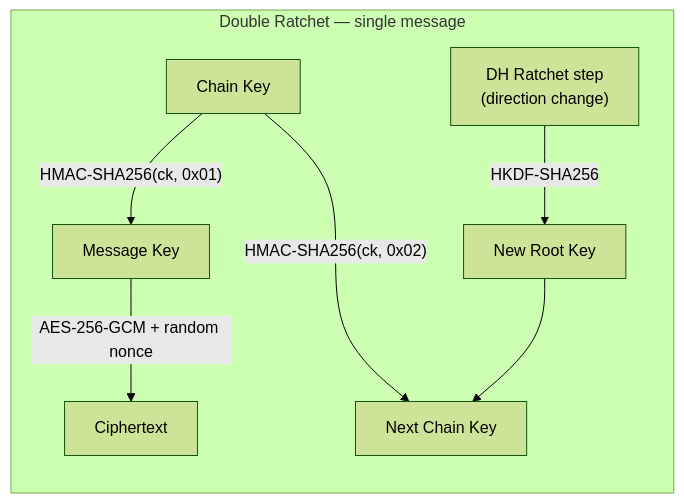
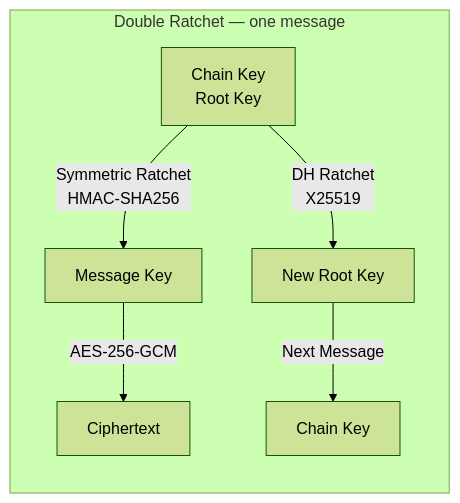
The third of 4 diagrams in README.md (vaazhen/chaos-e2ee-messenger), drawn with Mermaid (forest theme) before and after one commit. The commit also changed other lines of this file and 1 other file, not shown here.

Commit message:
docs: add Mermaid architecture, E2EE flow, and deployment diagrams to README

````diff
--- a/README.md
+++ b/README.md
@@ -239,10 +304,9 @@
 ```mermaid
 graph LR
-    subgraph "Double Ratchet — single message"
-        CK["Chain Key"] -->|"HMAC-SHA256(ck, 0x01)"| MK["Message Key"]
-        CK -->|"HMAC-SHA256(ck, 0x02)"| CK2["Next Chain Key"]
-        MK -->|"AES-256-GCM + random nonce"| CT["Ciphertext"]
-        DH["DH Ratchet step\n(direction change)"] -->|"HKDF-SHA256"| RK2["New Root Key"]
-        RK2 --> CK2
+    subgraph "Double Ratchet — one message"
+        CK[Chain Key<br/>Root Key] -->|DH Ratchet<br/>X25519| RK[New Root Key]
+        CK -->|Symmetric Ratchet<br/>HMAC-SHA256| MK[Message Key]
+        MK -->|AES-256-GCM| CT[Ciphertext]
+        RK -->|Next Message| CK2[Chain Key]
     end
 ```
````
